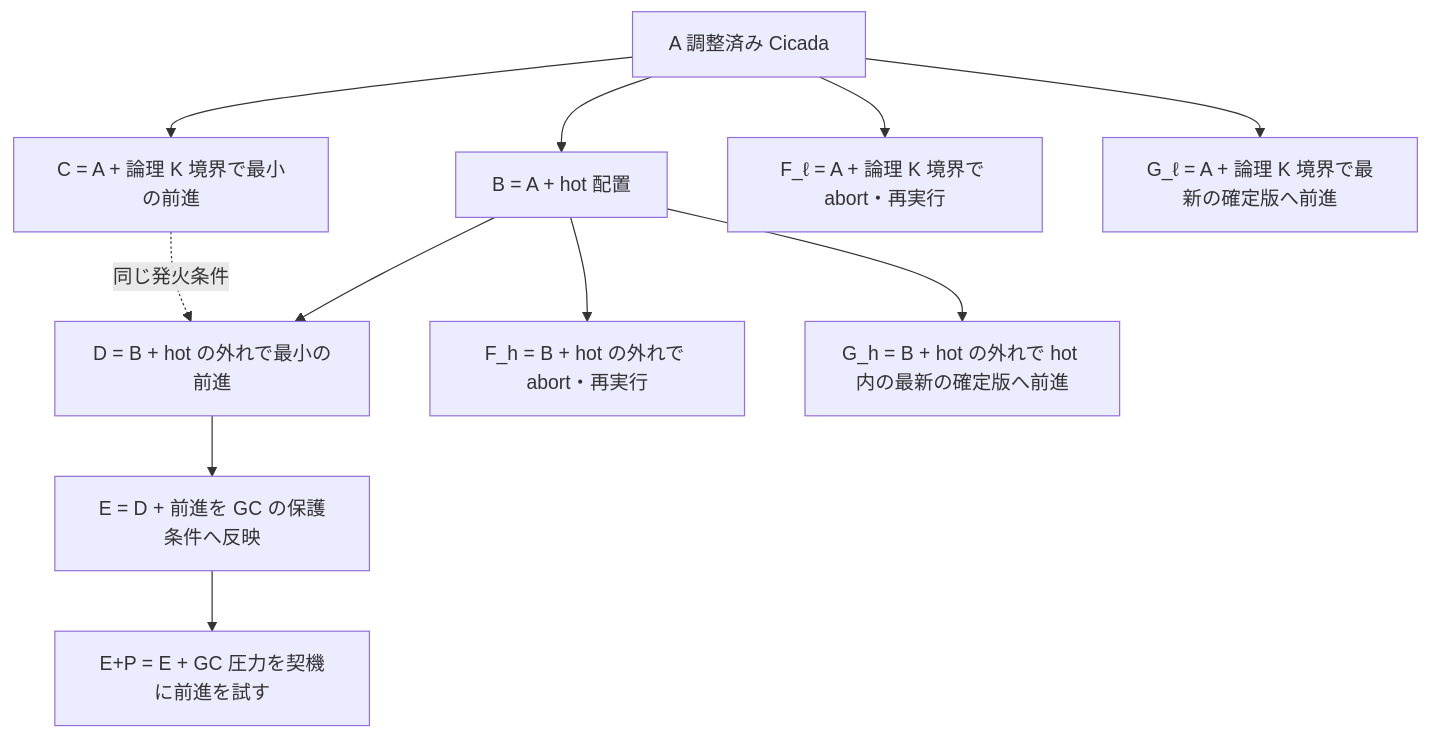
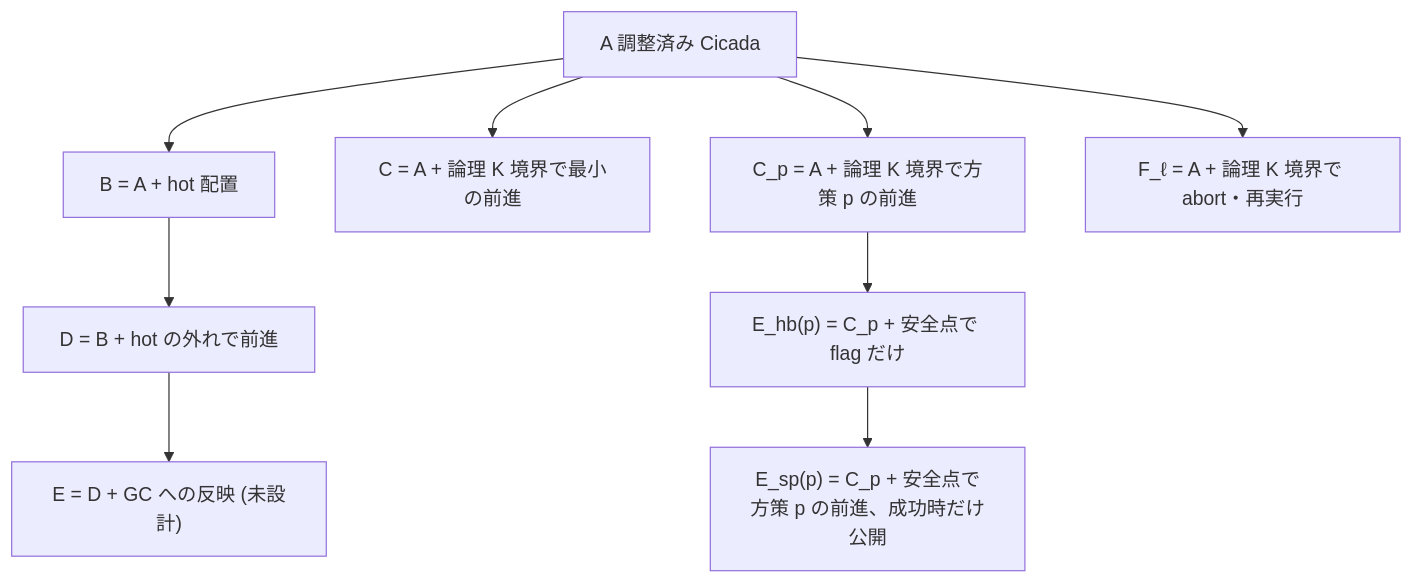
Before and after one commit to thawk105/izanagi: the third of 5 diagrams in docs/vhash-evaluation-preregistration-draft.md, drawn with Mermaid. The commit also changed other lines of this file and 1 other file, not shown here.

````diff
--- a/docs/vhash-evaluation-preregistration-draft.md
+++ b/docs/vhash-evaluation-preregistration-draft.md
@@ -121,17 +128,15 @@
 ```mermaid
 flowchart TB
   A["A 調整済み Cicada"]
   B["B = A + hot 配置"]
   C["C = A + 論理 K 境界で最小の前進"]
+  Cp["C_p = A + 論理 K 境界で方策 p の前進"]
   Fl["F_ℓ = A + 論理 K 境界で abort・再実行"]
-  Gl["G_ℓ = A + 論理 K 境界で最新の確定版へ前進"]
-  D["D = B + hot の外れで最小の前進"]
-  Fh["F_h = B + hot の外れで abort・再実行"]
-  Gh["G_h = B + hot の外れで hot 内の最新の確定版へ前進"]
-  E["E = D + 前進を GC の保護条件へ反映"]
-  EP["E+P = E + GC 圧力を契機に前進を試す"]
-  A --> B & C & Fl & Gl
-  B --> D & Fh & Gh
-  C -.同じ発火条件.-> D
-  D --> E --> EP
+  Ehb["E_hb(p) = C_p + 安全点で flag だけ"]
+  Esp["E_sp(p) = C_p + 安全点で方策 p の前進、成功時だけ公開"]
+  D["D = B + hot の外れで前進"]
+  E["E = D + GC への反映 (未設計)"]
+  A --> B & C & Cp & Fl
+  Cp --> Ehb --> Esp
+  B --> D --> E
 ```
````
